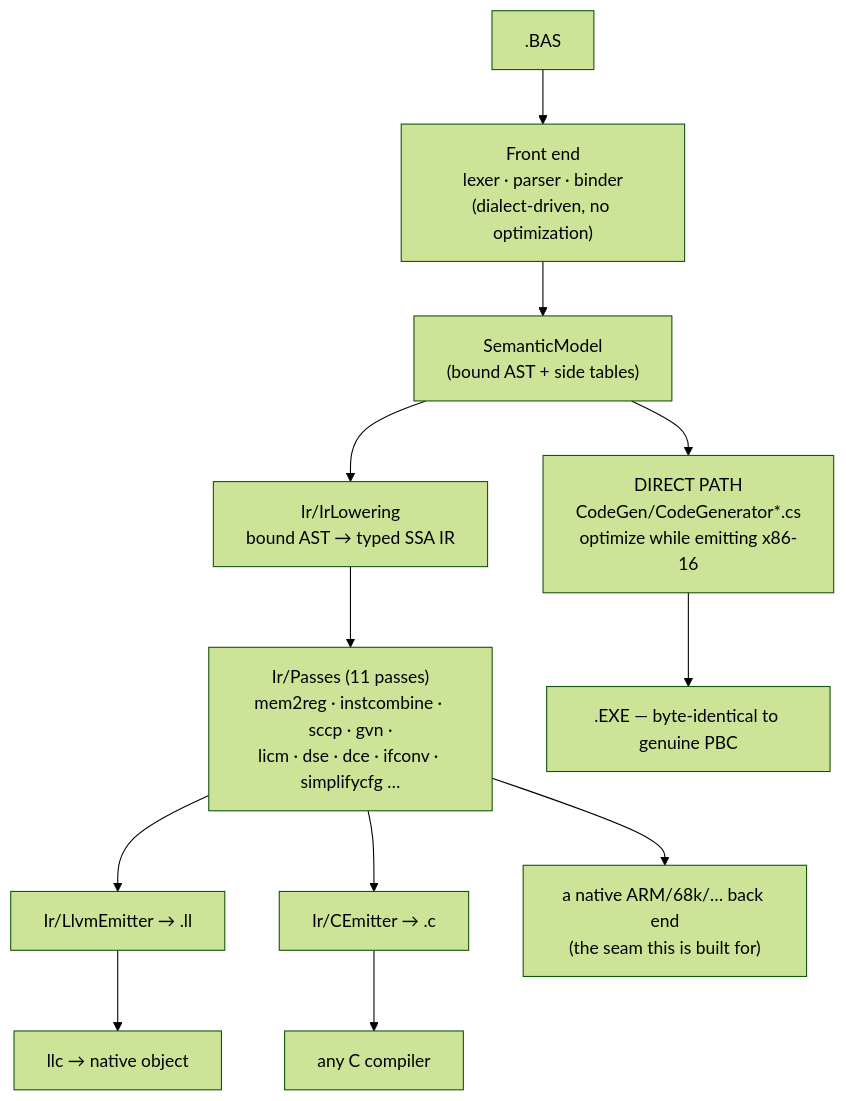
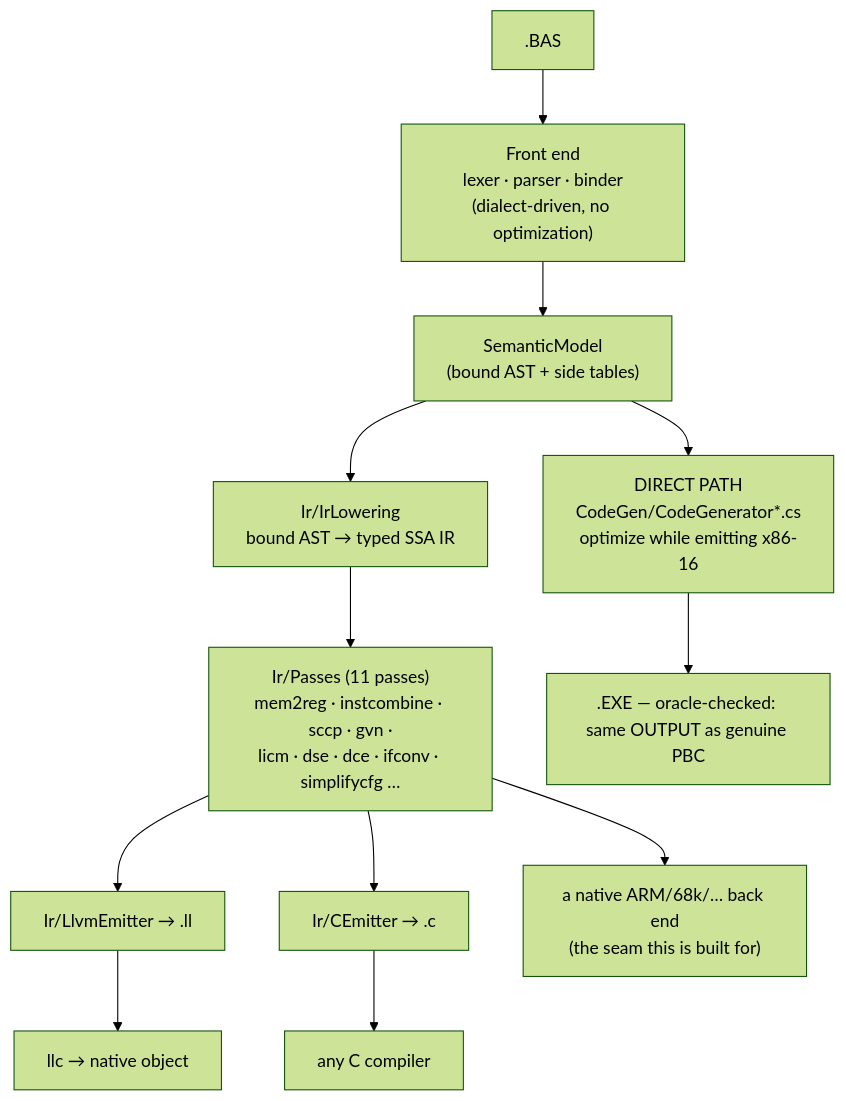
Before and after one commit to Hawkynt/PB-Compiler: the diagram in docs/BACKENDS.md, drawn with Mermaid (forest theme). The commit also changed other lines of this file and 2 other files, not shown here.

````diff
--- a/docs/BACKENDS.md
+++ b/docs/BACKENDS.md
@@ -6,14 +6,14 @@
 ```mermaid
 flowchart TD
   SRC[".BAS"] --> FE["Front end<br/>lexer · parser · binder<br/>(dialect-driven, no optimization)"]
   FE --> SM["SemanticModel<br/>(bound AST + side tables)"]
   SM --> DIRECT["DIRECT PATH<br/>CodeGen/CodeGenerator*.cs<br/>optimize while emitting x86-16"]
   SM --> IRL["Ir/IrLowering<br/>bound AST → typed SSA IR"]
   IRL --> OPT["Ir/Passes (11 passes)<br/>mem2reg · instcombine · sccp · gvn ·<br/>licm · dse · dce · ifconv · simplifycfg …"]
   OPT --> LLVM["Ir/LlvmEmitter → .ll"]
   OPT --> CEM["Ir/CEmitter → .c"]
   OPT --> NEXT["a native ARM/68k/… back end<br/>(the seam this is built for)"]
-  DIRECT --> EXE[".EXE — byte-identical to genuine PBC"]
+  DIRECT --> EXE[".EXE — oracle-checked: same OUTPUT as genuine PBC"]
   LLVM --> NATIVE["llc → native object"]
   CEM --> CC["any C compiler"]
 ```
````
